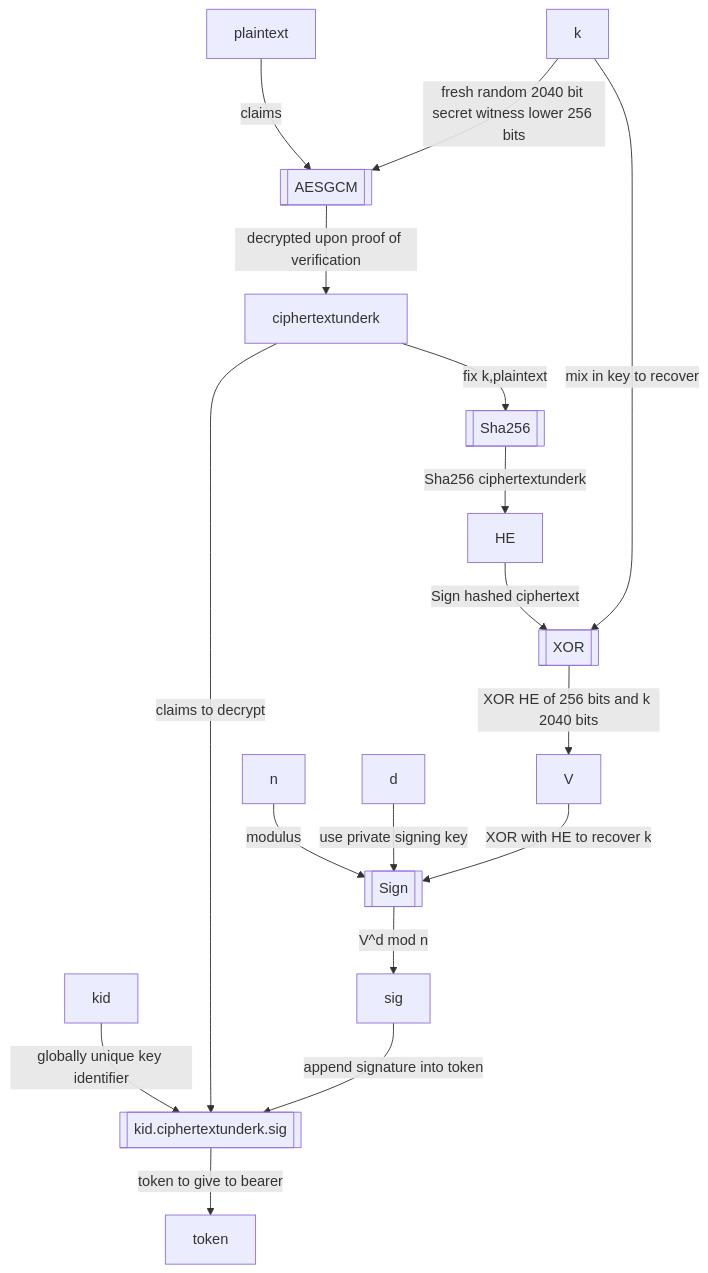
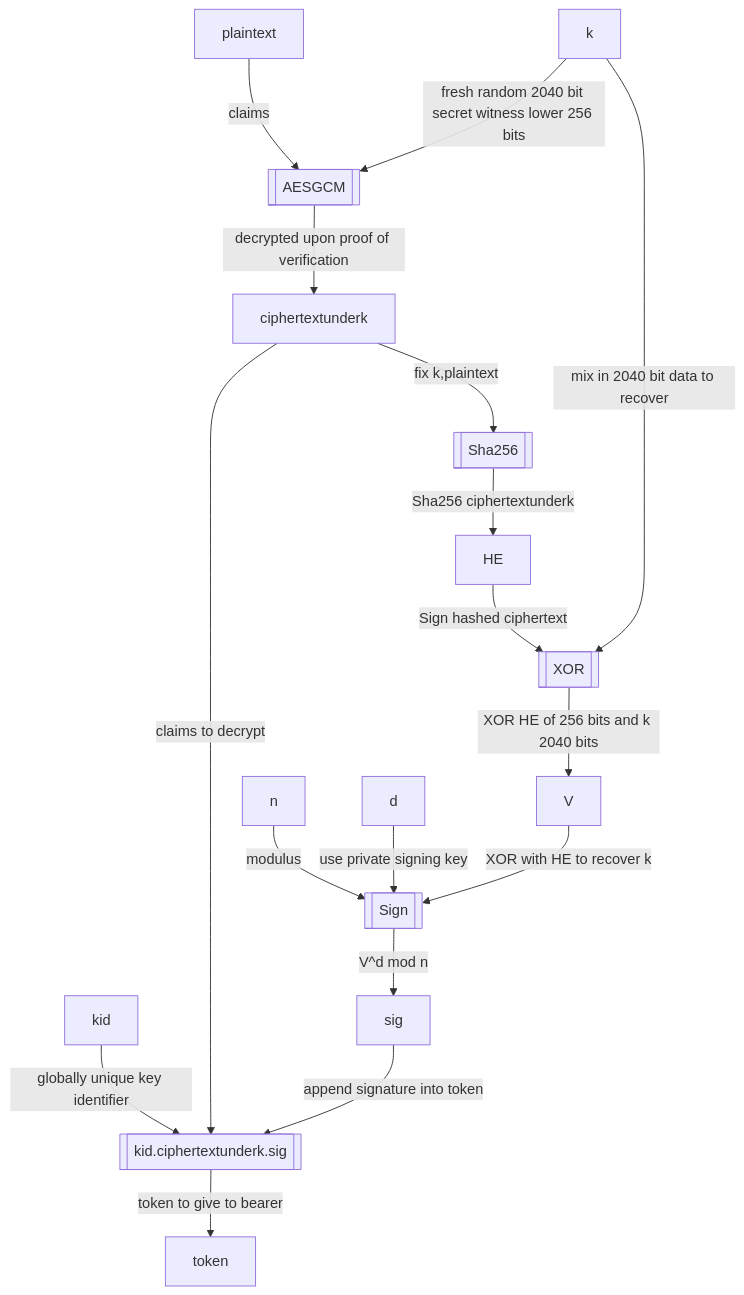
Before and after one commit to rfielding/whiskeyTango: the third of 4 diagrams in README.md, drawn with Mermaid.

````diff
--- a/README.md
+++ b/README.md
@@ -209,24 +209,24 @@
 ```mermaid
 flowchart TB
   AESGCM[[AESGCM]]
   APPENDB64WithDots[[kid.ciphertextunderk.sig]]
   plaintext-- claims -->AESGCM
   k-- fresh random 2040 bit secret witness lower 256 bits -->AESGCM
   AESGCM-- decrypted upon proof of verification -->ciphertextunderk
   kid-- globally unique key identifier -->APPENDB64WithDots
   ciphertextunderk-- claims to decrypt -->APPENDB64WithDots
   APPENDB64WithDots-- token to give to bearer -->token
   Sha256[[Sha256]]
   ciphertextunderk-- fix k,plaintext -->Sha256
   XOR[[XOR]]
   Sign[[Sign]]
   n-- modulus -->Sign
   d-- use private signing key -->Sign
   Sha256-- Sha256 ciphertextunderk -->HE
   HE-- Sign hashed ciphertext -->XOR
-  k-- mix in key to recover -->XOR
+  k-- mix in 2040 bit data to recover -->XOR
   XOR-- XOR HE of 256 bits and k 2040 bits -->V
   V-- XOR with HE to recover k -->Sign
   Sign-- V^d mod n -->sig
   sig-- append signature into token -->APPENDB64WithDots
 ```
````
